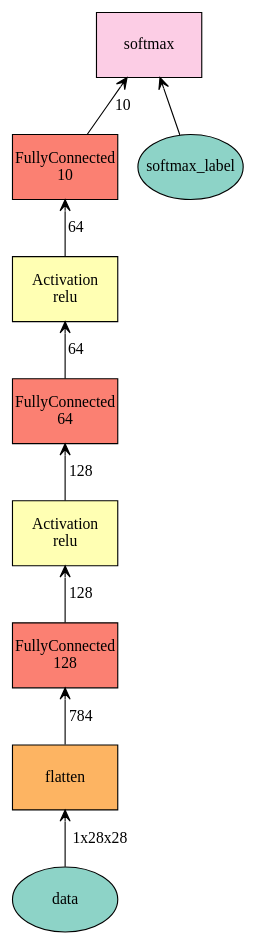
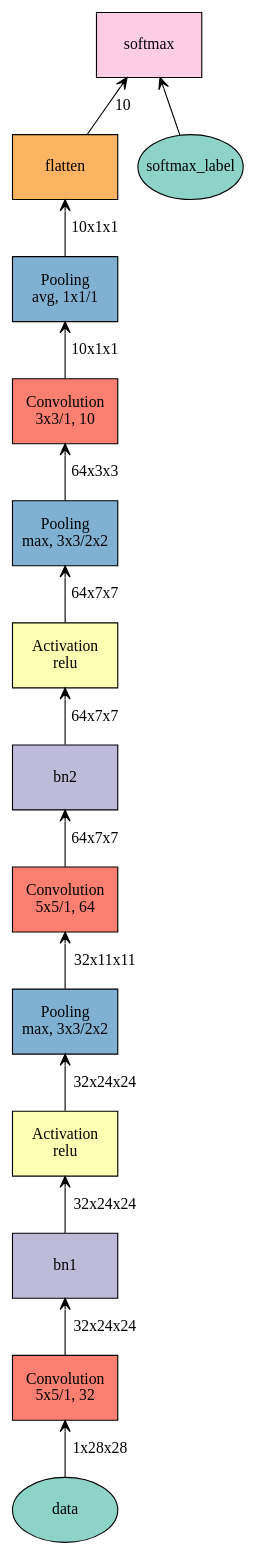
Before and after one commit to bmbbms/DeepLearning_code: the diagram in mxnet/plot.gv, drawn with Graphviz. The commit also changed 20 other files, not shown here.

```diff
--- a/mxnet/plot.gv
+++ b/mxnet/plot.gv
@@ -1,19 +1,29 @@
 digraph plot {
 	data [label=data fillcolor="#8dd3c7" fixedsize=true height=0.8034 shape=oval style=filled width=1.3]
+	conv1 [label="Convolution\n5x5/1, 32" fillcolor="#fb8072" fixedsize=true height=0.8034 shape=box style=filled width=1.3]
+	bn1 [label=bn1 fillcolor="#bebada" fixedsize=true height=0.8034 shape=box style=filled width=1.3]
+	act1 [label="Activation\nrelu" fillcolor="#ffffb3" fixedsize=true height=0.8034 shape=box style=filled width=1.3]
+	pool1 [label="Pooling\nmax, 3x3/2x2" fillcolor="#80b1d3" fixedsize=true height=0.8034 shape=box style=filled width=1.3]
+	conv2 [label="Convolution\n5x5/1, 64" fillcolor="#fb8072" fixedsize=true height=0.8034 shape=box style=filled width=1.3]
+	bn2 [label=bn2 fillcolor="#bebada" fixedsize=true height=0.8034 shape=box style=filled width=1.3]
+	act2 [label="Activation\nrelu" fillcolor="#ffffb3" fixedsize=true height=0.8034 shape=box style=filled width=1.3]
+	pool2 [label="Pooling\nmax, 3x3/2x2" fillcolor="#80b1d3" fixedsize=true height=0.8034 shape=box style=filled width=1.3]
+	conv3 [label="Convolution\n3x3/1, 10" fillcolor="#fb8072" fixedsize=true height=0.8034 shape=box style=filled width=1.3]
+	pool3 [label="Pooling\navg, 1x1/1" fillcolor="#80b1d3" fixedsize=true height=0.8034 shape=box style=filled width=1.3]
 	flatten [label=flatten fillcolor="#fdb462" fixedsize=true height=0.8034 shape=box style=filled width=1.3]
-	fc1 [label="FullyConnected\n128" fillcolor="#fb8072" fixedsize=true height=0.8034 shape=box style=filled width=1.3]
-	act1 [label="Activation\nrelu" fillcolor="#ffffb3" fixedsize=true height=0.8034 shape=box style=filled width=1.3]
-	fc2 [label="FullyConnected\n64" fillcolor="#fb8072" fixedsize=true height=0.8034 shape=box style=filled width=1.3]
-	act2 [label="Activation\nrelu" fillcolor="#ffffb3" fixedsize=true height=0.8034 shape=box style=filled width=1.3]
-	fc3 [label="FullyConnected\n10" fillcolor="#fb8072" fixedsize=true height=0.8034 shape=box style=filled width=1.3]
 	softmax_label [label=softmax_label fillcolor="#8dd3c7" fixedsize=true height=0.8034 shape=oval style=filled width=1.3]
 	softmax [label=softmax fillcolor="#fccde5" fixedsize=true height=0.8034 shape=box style=filled width=1.3]
-	flatten -> data [label="1x28x28" arrowtail=open dir=back]
-	fc1 -> flatten [label=784 arrowtail=open dir=back]
-	act1 -> fc1 [label=128 arrowtail=open dir=back]
-	fc2 -> act1 [label=128 arrowtail=open dir=back]
-	act2 -> fc2 [label=64 arrowtail=open dir=back]
-	fc3 -> act2 [label=64 arrowtail=open dir=back]
-	softmax -> fc3 [label=10 arrowtail=open dir=back]
+	conv1 -> data [label="1x28x28" arrowtail=open dir=back]
+	bn1 -> conv1 [label="32x24x24" arrowtail=open dir=back]
+	act1 -> bn1 [label="32x24x24" arrowtail=open dir=back]
+	pool1 -> act1 [label="32x24x24" arrowtail=open dir=back]
+	conv2 -> pool1 [label="32x11x11" arrowtail=open dir=back]
+	bn2 -> conv2 [label="64x7x7" arrowtail=open dir=back]
+	act2 -> bn2 [label="64x7x7" arrowtail=open dir=back]
+	pool2 -> act2 [label="64x7x7" arrowtail=open dir=back]
+	conv3 -> pool2 [label="64x3x3" arrowtail=open dir=back]
+	pool3 -> conv3 [label="10x1x1" arrowtail=open dir=back]
+	flatten -> pool3 [label="10x1x1" arrowtail=open dir=back]
+	softmax -> flatten [label=10 arrowtail=open dir=back]
 	softmax -> softmax_label [label="" arrowtail=open dir=back]
 }
```
